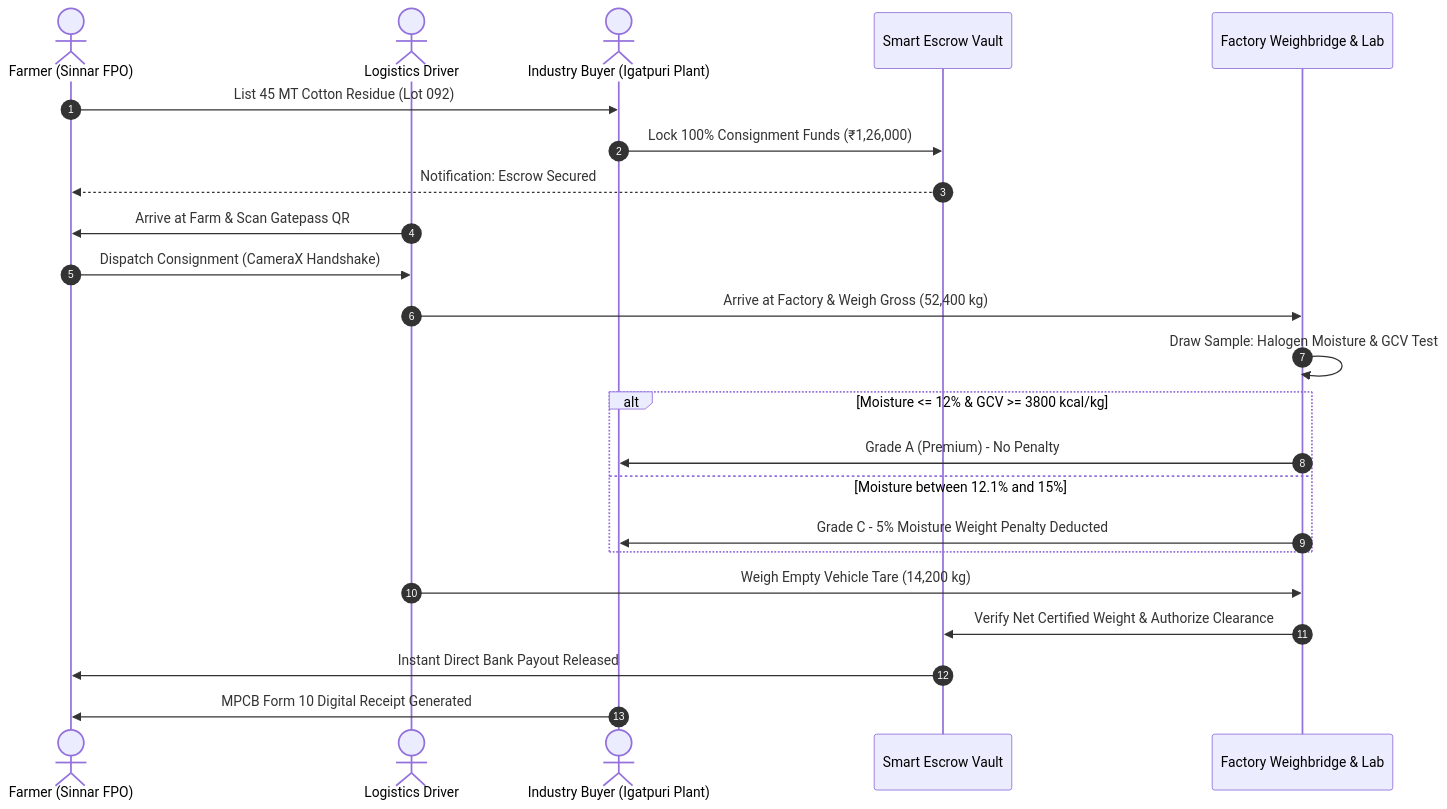
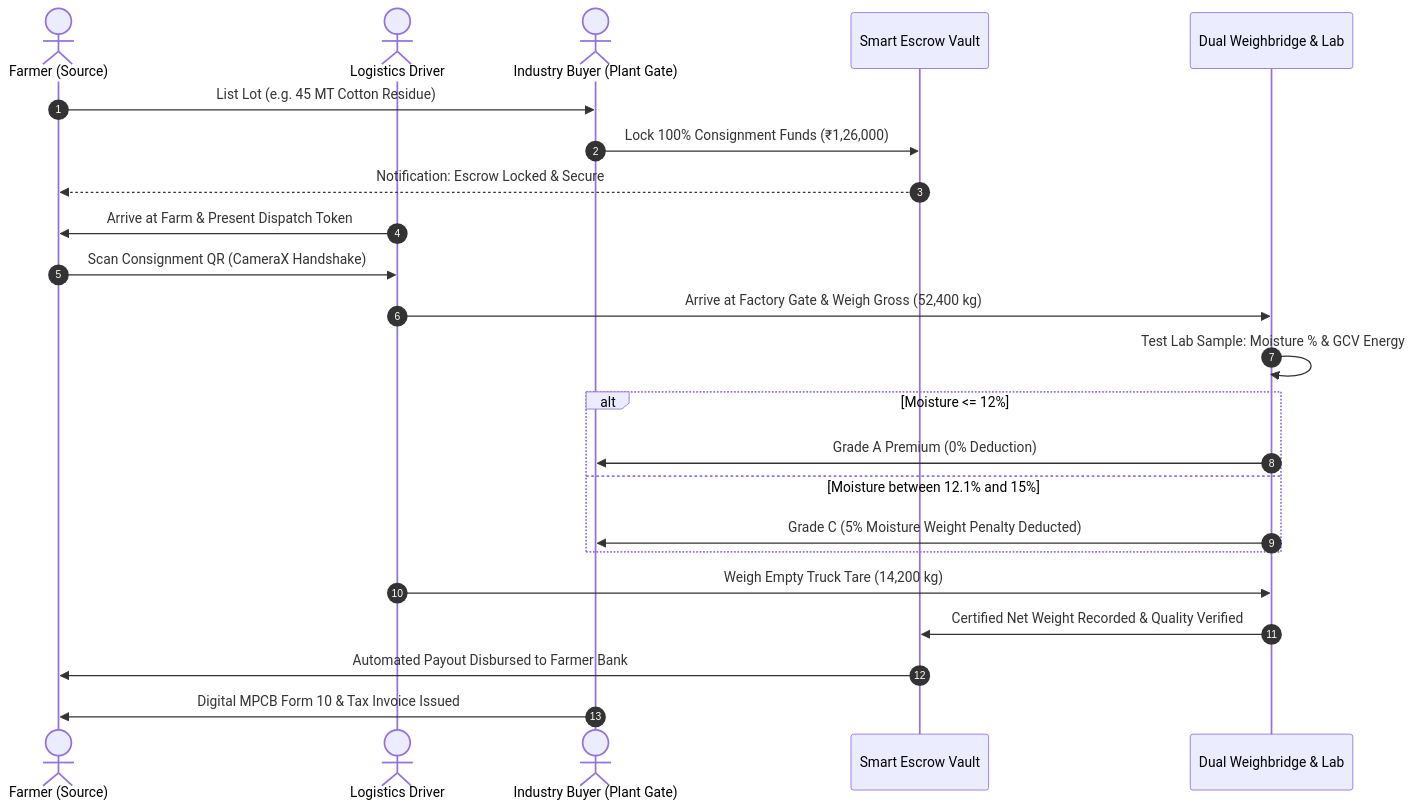
Before and after one commit to college-hack24-nov26/hack-astranyx: the third of 3 diagrams in README.md, drawn with Mermaid. The commit also changed other lines of this file, not shown here.

````diff
--- a/README.md
+++ b/README.md
@@ -102,26 +146,26 @@
 ```mermaid
 sequenceDiagram
     autonumber
-    actor Farmer as Farmer (Sinnar FPO)
-    actor Transporter as Logistics Driver
-    actor Buyer as Industry Buyer (Igatpuri Plant)
+    actor Farmer as Farmer (Source)
+    actor Driver as Logistics Driver
+    actor Buyer as Industry Buyer (Plant Gate)
     participant Escrow as Smart Escrow Vault
-    participant Gate as Factory Weighbridge & Lab
+    participant Weighbridge as Dual Weighbridge & Lab
 
-    Farmer->>Buyer: List 45 MT Cotton Residue (Lot 092)
+    Farmer->>Buyer: List Lot (e.g. 45 MT Cotton Residue)
     Buyer->>Escrow: Lock 100% Consignment Funds (₹1,26,000)
-    Escrow-->>Farmer: Notification: Escrow Secured
-    Transporter->>Farmer: Arrive at Farm & Scan Gatepass QR
-    Farmer->>Transporter: Dispatch Consignment (CameraX Handshake)
-    Transporter->>Gate: Arrive at Factory & Weigh Gross (52,400 kg)
-    Gate->>Gate: Draw Sample: Halogen Moisture & GCV Test
-    alt Moisture <= 12% & GCV >= 3800 kcal/kg
-        Gate->>Buyer: Grade A (Premium) - No Penalty
+    Escrow-->>Farmer: Notification: Escrow Locked & Secure
+    Driver->>Farmer: Arrive at Farm & Present Dispatch Token
+    Farmer->>Driver: Scan Consignment QR (CameraX Handshake)
+    Driver->>Weighbridge: Arrive at Factory Gate & Weigh Gross (52,400 kg)
+    Weighbridge->>Weighbridge: Test Lab Sample: Moisture % & GCV Energy
+    alt Moisture <= 12%
+        Weighbridge->>Buyer: Grade A Premium (0% Deduction)
     else Moisture between 12.1% and 15%
-        Gate->>Buyer: Grade C - 5% Moisture Weight Penalty Deducted
+        Weighbridge->>Buyer: Grade C (5% Moisture Weight Penalty Deducted)
     end
-    Transporter->>Gate: Weigh Empty Vehicle Tare (14,200 kg)
-    Gate->>Escrow: Verify Net Certified Weight & Authorize Clearance
-    Escrow->>Farmer: Instant Direct Bank Payout Released
-    Buyer->>Farmer: MPCB Form 10 Digital Receipt Generated
+    Driver->>Weighbridge: Weigh Empty Truck Tare (14,200 kg)
+    Weighbridge->>Escrow: Certified Net Weight Recorded & Quality Verified
+    Escrow->>Farmer: Automated Payout Disbursed to Farmer Bank
+    Buyer->>Farmer: Digital MPCB Form 10 & Tax Invoice Issued
 ```
````
